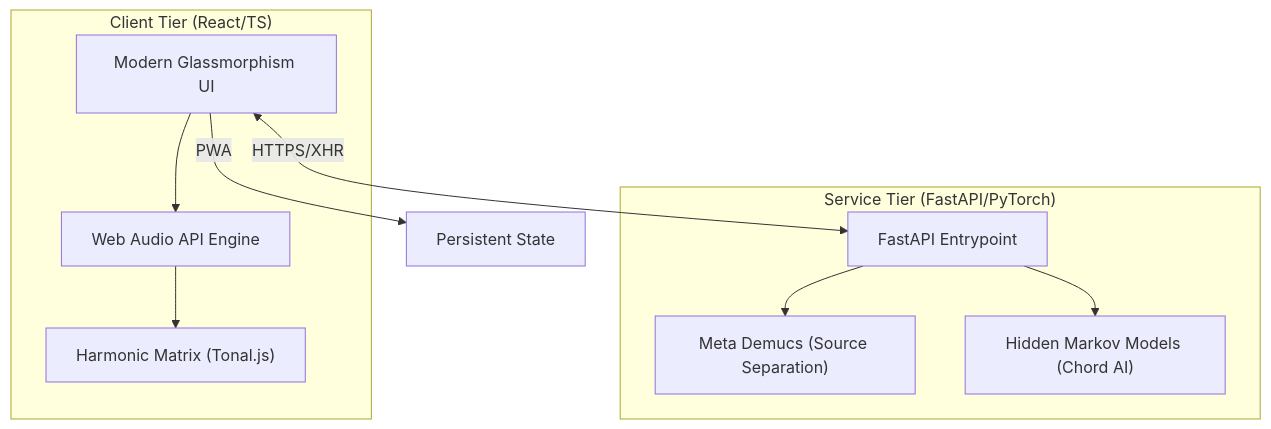
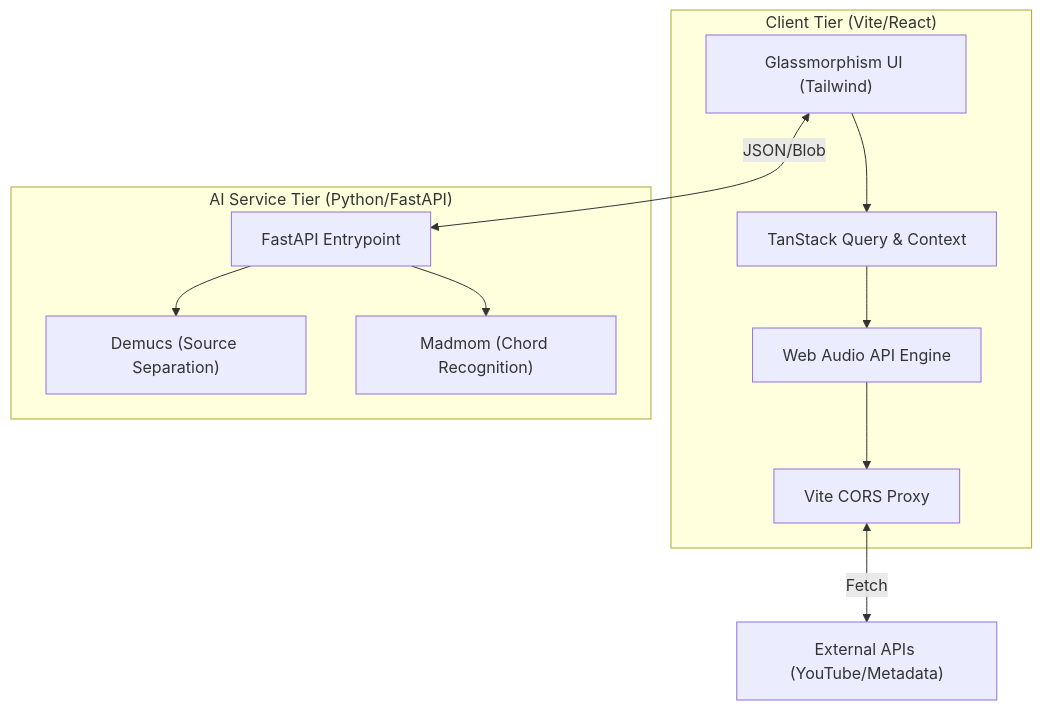
One commit to Guitariz/Guitariz changed the diagram in README.md. Above: the diagram before and after it, drawn with Mermaid. The commit also changed other lines of this file, not shown here.

Commit message:
feat: update README for with expanded features and architecture details

````diff
--- a/README.md
+++ b/README.md
@@ -38,15 +63,16 @@
 ```mermaid
 graph TD
-    subgraph "Client Tier (React/TS)"
-        UI["Modern Glassmorphism UI"] --> Engine["Web Audio API Engine"]
-        Engine --> Theory["Harmonic Matrix (Tonal.js)"]
+    subgraph "Client Tier (Vite/React)"
+        UI["Glassmorphism UI (Tailwind)"] --> State["TanStack Query & Context"]
+        State --> Audio["Web Audio API Engine"]
+        Audio --> Proxy["Vite CORS Proxy"]
     end
     
-    subgraph "Service Tier (FastAPI/PyTorch)"
-        API["FastAPI Entrypoint"] --> Demucs["Meta Demucs (Source Separation)"]
-        API --> Madmom["Hidden Markov Models (Chord AI)"]
+    subgraph "AI Service Tier (Python/FastAPI)"
+        API["FastAPI Entrypoint"] --> Demucs["Demucs (Source Separation)"]
+        API --> Madmom["Madmom (Chord Recognition)"]
     end
     
-    UI <-->|HTTPS/XHR| API
-    UI -->|PWA| LocalStorage["Persistent State"]
+    UI <-->|JSON/Blob| API
+    Proxy <-->|Fetch| External["External APIs (YouTube/Metadata)"]
 ```
````
